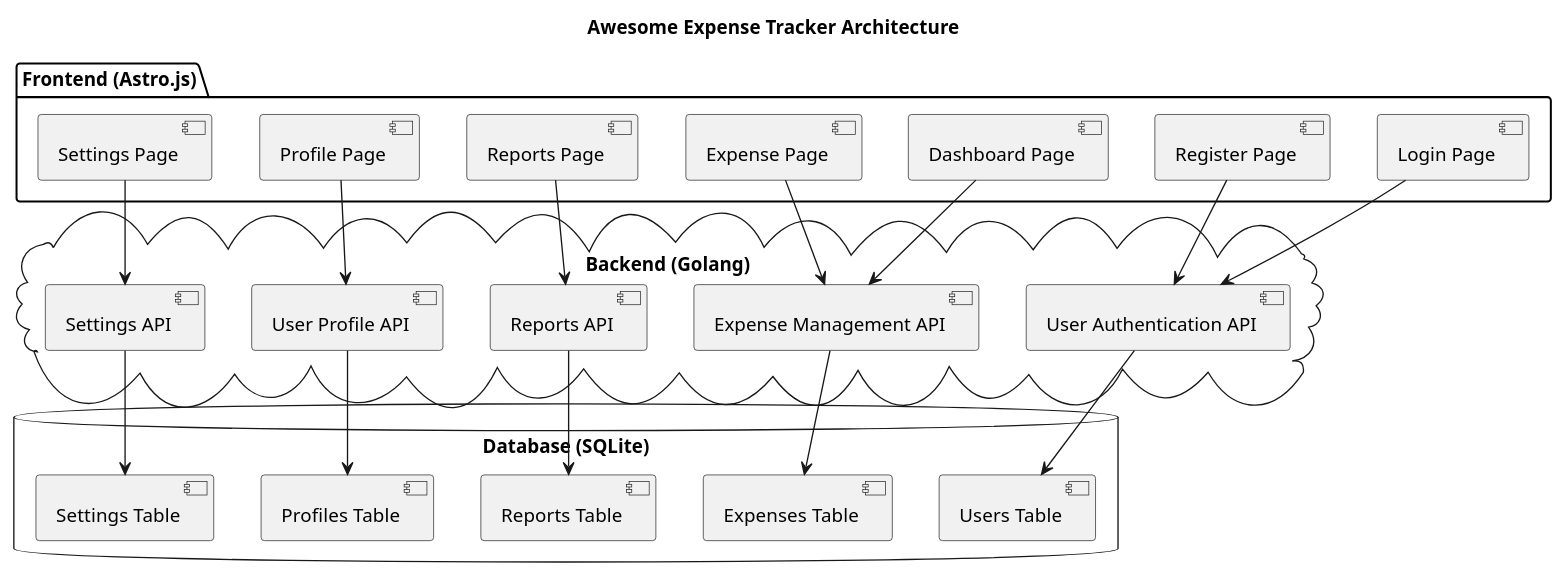
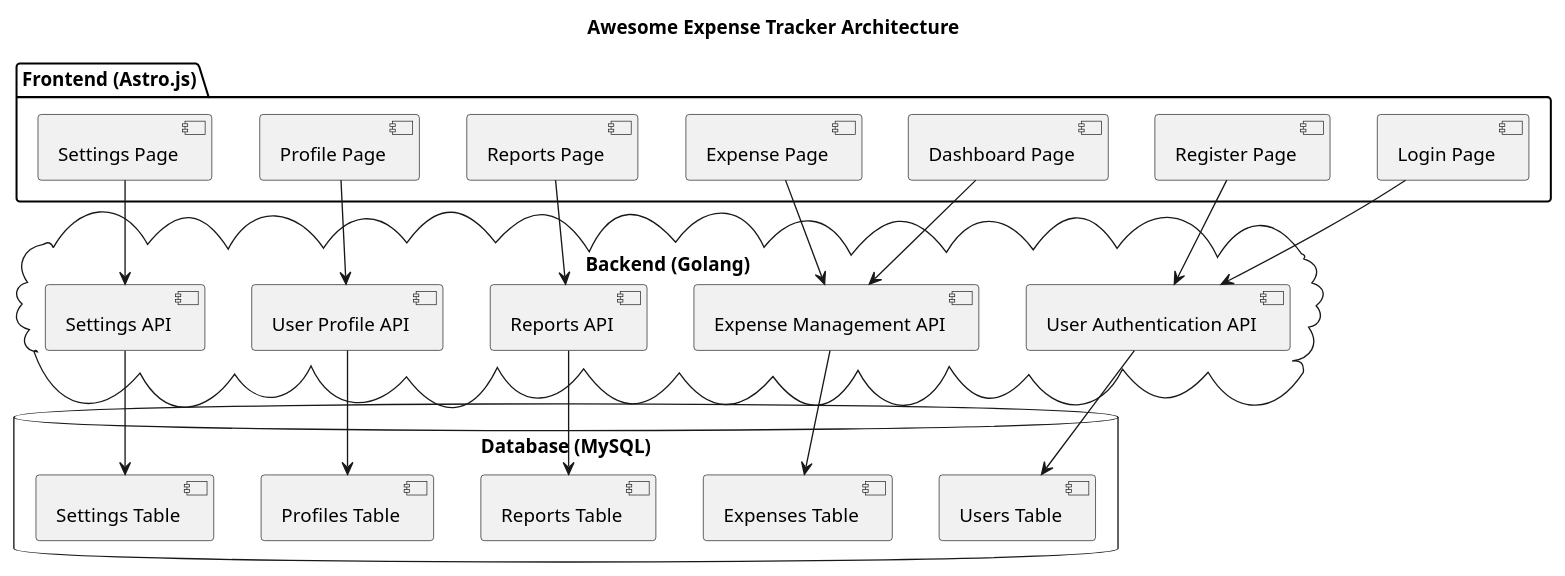
The diagram in src/Architecture.plantuml (shashankmahajan99/awesome-expense-tracker), drawn with PlantUML before and after one commit. The commit also changed 2 other files, not shown here.

Commit message:
Update database from SQLite to MySQL

```diff
--- a/src/Architecture.plantuml
+++ b/src/Architecture.plantuml
@@ -1,44 +1,44 @@
 @startuml Architecture Diagram
 title Awesome Expense Tracker Architecture
 
 package "Frontend (Astro.js)" {
   [Login Page]
   [Register Page]
   [Dashboard Page]
   [Expense Page]
   [Reports Page]
   [Profile Page]
   [Settings Page]
 }
 
 cloud "Backend (Golang)" {
   [User Authentication API]
   [Expense Management API]
   [Reports API]
   [User Profile API]
   [Settings API]
 }
 
-database "Database (SQLite)" {
+database "Database (MySQL)" {
   [Users Table]
   [Expenses Table]
   [Reports Table]
   [Profiles Table]
   [Settings Table]
 }
 
 [Login Page] --> [User Authentication API]
 [Register Page] --> [User Authentication API]
 [Dashboard Page] --> [Expense Management API]
 [Expense Page] --> [Expense Management API]
 [Reports Page] --> [Reports API]
 [Profile Page] --> [User Profile API]
 [Settings Page] --> [Settings API]
 
 [User Authentication API] --> [Users Table]
 [Expense Management API] --> [Expenses Table]
 [Reports API] --> [Reports Table]
 [User Profile API] --> [Profiles Table]
 [Settings API] --> [Settings Table]
 
 @enduml
```
